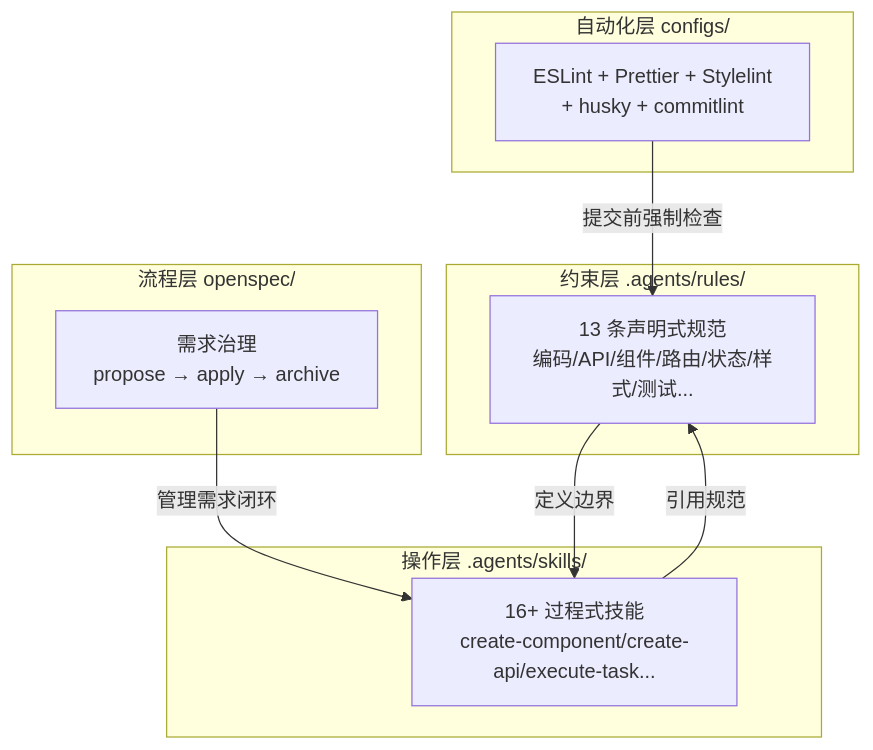
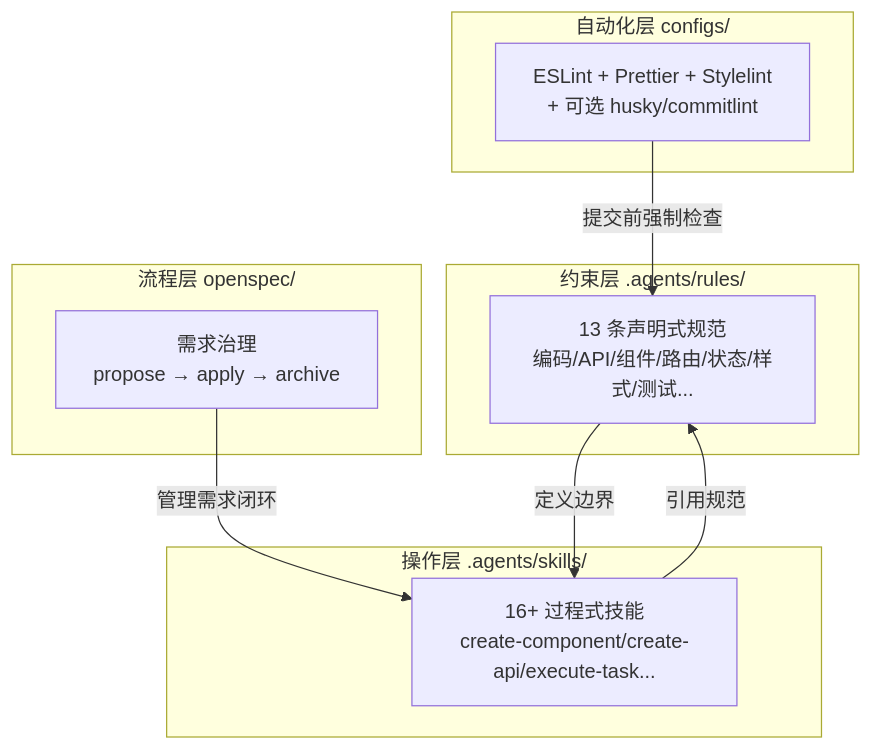
The diagram in docs/规范驱动开发团队内部培训手册.md (Colouful/br-ai-spec), drawn with Mermaid before and after one commit. The commit also changed other lines of this file and 9 other files, not shown here.

````diff
--- a/docs/规范驱动开发团队内部培训手册.md
+++ b/docs/规范驱动开发团队内部培训手册.md
@@ -51,23 +51,23 @@
 ```mermaid
 graph TB
     subgraph constraintLayer ["约束层 .agents/rules/"]
         Rules["13 条声明式规范<br/>编码/API/组件/路由/状态/样式/测试..."]
     end
 
     subgraph operationLayer ["操作层 .agents/skills/"]
         Skills["16+ 过程式技能<br/>create-component/create-api/execute-task..."]
     end
 
     subgraph automationLayer ["自动化层 configs/"]
-        Configs["ESLint + Prettier + Stylelint<br/>+ husky + commitlint"]
+        Configs["ESLint + Prettier + Stylelint<br/>+ 可选 husky/commitlint"]
     end
 
     subgraph processLayer ["流程层 openspec/"]
         OpenSpec["需求治理<br/>propose → apply → archive"]
     end
 
     Rules -->|"定义边界"| Skills
     Skills -->|"引用规范"| Rules
     Configs -->|"提交前强制检查"| Rules
     OpenSpec -->|"管理需求闭环"| Skills
 ```
````
